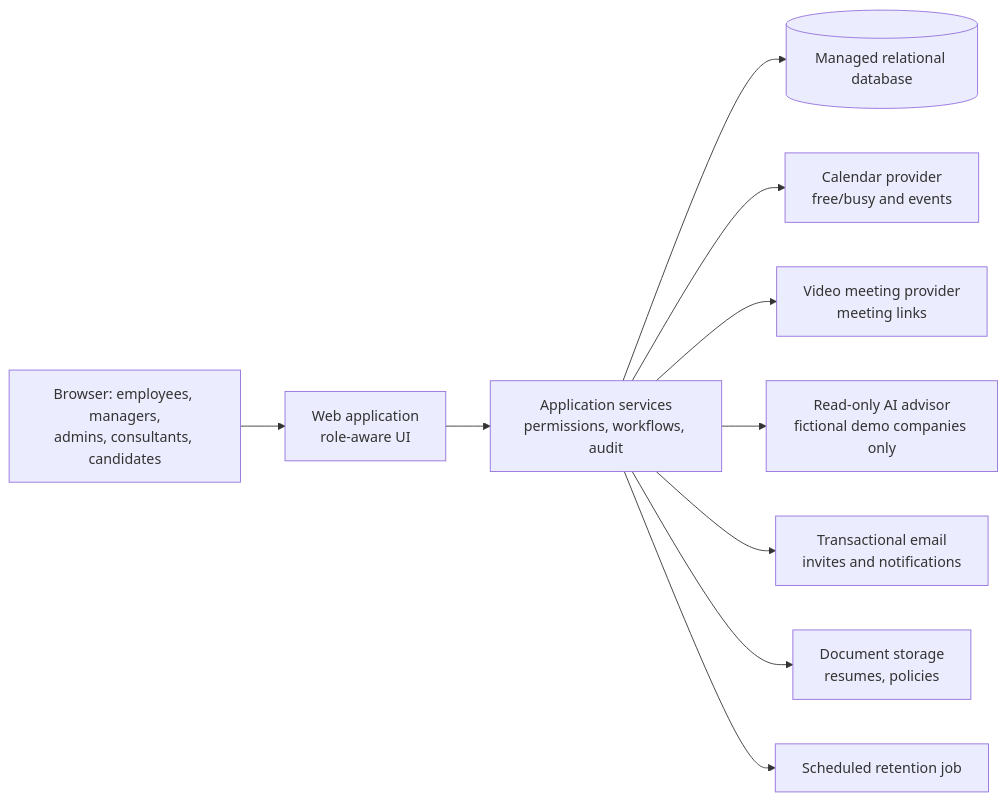
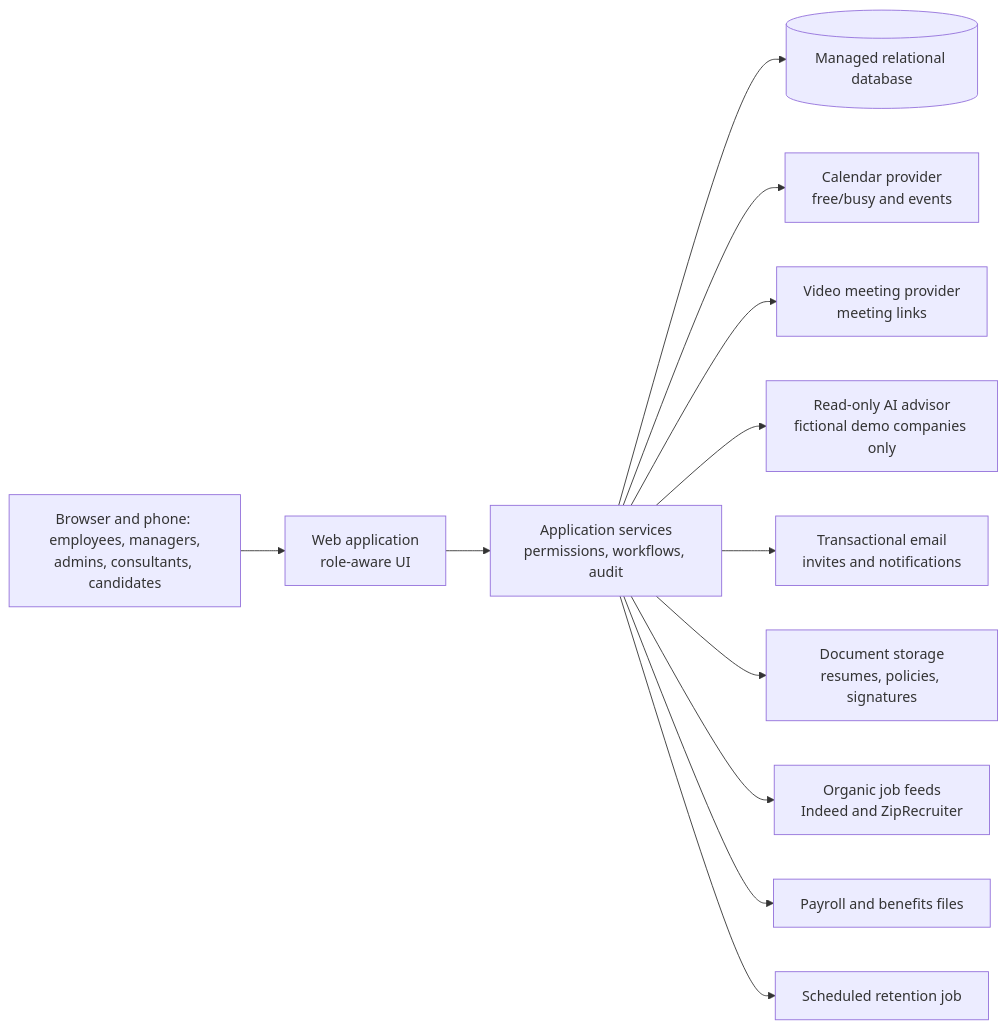
Diagram 12 of 12 in README.md (staceykay67/scalemaker-hris-showcase), drawn with Mermaid before and after one commit. The commit also changed other lines of this file, not shown here.

````diff
--- a/README.md
+++ b/README.md
@@ -487,12 +573,14 @@
 ```mermaid
 flowchart LR
-    U["Browser: employees, managers,<br/>admins, consultants, candidates"] --> W["Web application<br/>role-aware UI"]
+    U["Browser and phone: employees, managers,<br/>admins, consultants, candidates"] --> W["Web application<br/>role-aware UI"]
     W --> A["Application services<br/>permissions, workflows, audit"]
     A --> D[("Managed relational database")]
     A --> Cal["Calendar provider<br/>free/busy and events"]
     A --> Vid["Video meeting provider<br/>meeting links"]
     A --> Advisor["Read-only AI advisor<br/>fictional demo companies only"]
     A --> M["Transactional email<br/>invites and notifications"]
-    A --> Docs["Document storage<br/>resumes, policies"]
+    A --> Docs["Document storage<br/>resumes, policies, signatures"]
+    A --> Jobs["Organic job feeds<br/>Indeed and ZipRecruiter"]
+    A --> Export["Payroll and benefits files"]
     A --> Ret["Scheduled retention job"]
 ```
````
